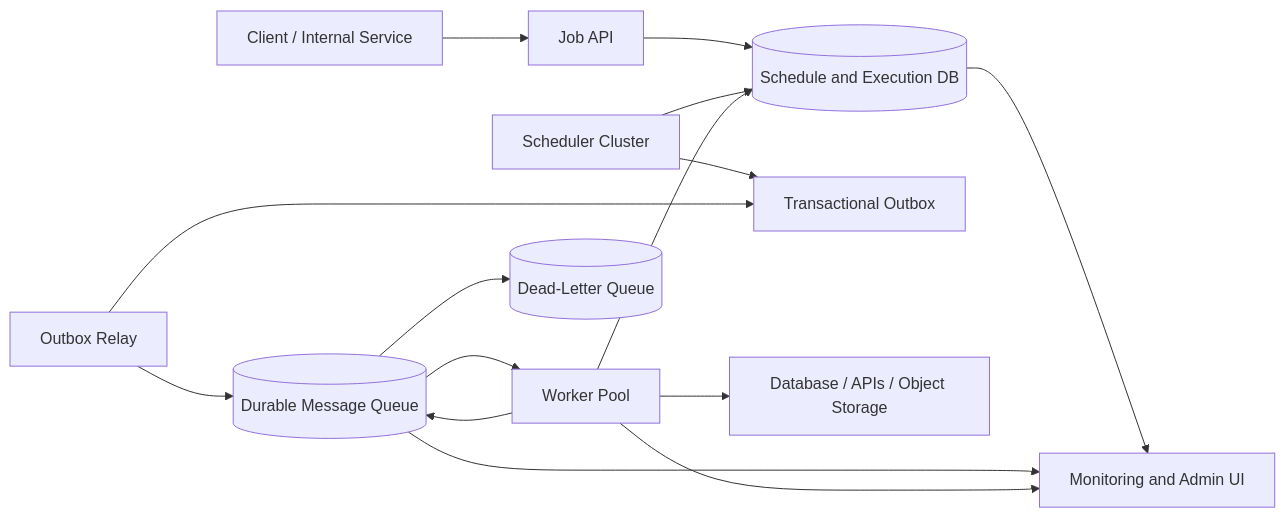
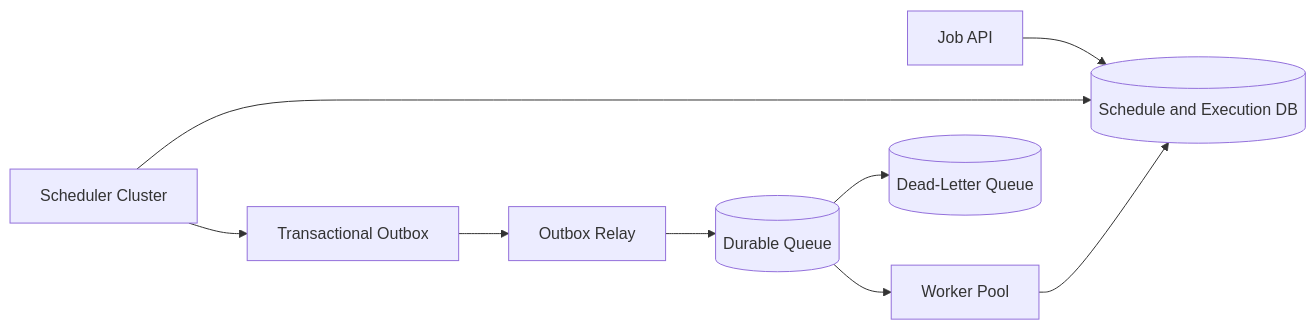
One commit to AvadhBhalodiya/Interview-Preparation changed the first of 7 diagrams in src/content/system-design/job-scheduler.md. Above: the diagram before and after it, drawn with Mermaid. The commit also changed other lines of this file and 113 other files, not shown here.

````diff
--- a/src/content/system-design/job-scheduler.md
+++ b/src/content/system-design/job-scheduler.md
@@ -182,29 +21,11 @@
 ```mermaid
 flowchart LR
-    Client[Client / Internal Service]
-    API[Job API]
-    DB[(Schedule and Execution DB)]
-    Scheduler[Scheduler Cluster]
-    Outbox[Transactional Outbox]
-    Relay[Outbox Relay]
-    Queue[(Durable Message Queue)]
-    Workers[Worker Pool]
-    DLQ[(Dead-Letter Queue)]
-    Monitor[Monitoring and Admin UI]
-    External[Database / APIs / Object Storage]
-
-    Client --> API
-    API --> DB
-    Scheduler --> DB
-    Scheduler --> Outbox
-    Relay --> Outbox
-    Relay --> Queue
-    Queue --> Workers
-    Workers --> External
+    API[Job API] --> DB[(Schedule and Execution DB)]
+    Scheduler[Scheduler Cluster] --> DB
+    Scheduler --> Outbox[Transactional Outbox]
+    Outbox --> Relay[Outbox Relay]
+    Relay --> Queue[(Durable Queue)]
+    Queue --> Workers[Worker Pool]
     Workers --> DB
-    Workers --> Queue
-    Queue --> DLQ
-    DB --> Monitor
-    Queue --> Monitor
-    Workers --> Monitor
+    Queue --> DLQ[(Dead-Letter Queue)]
 ```
````
